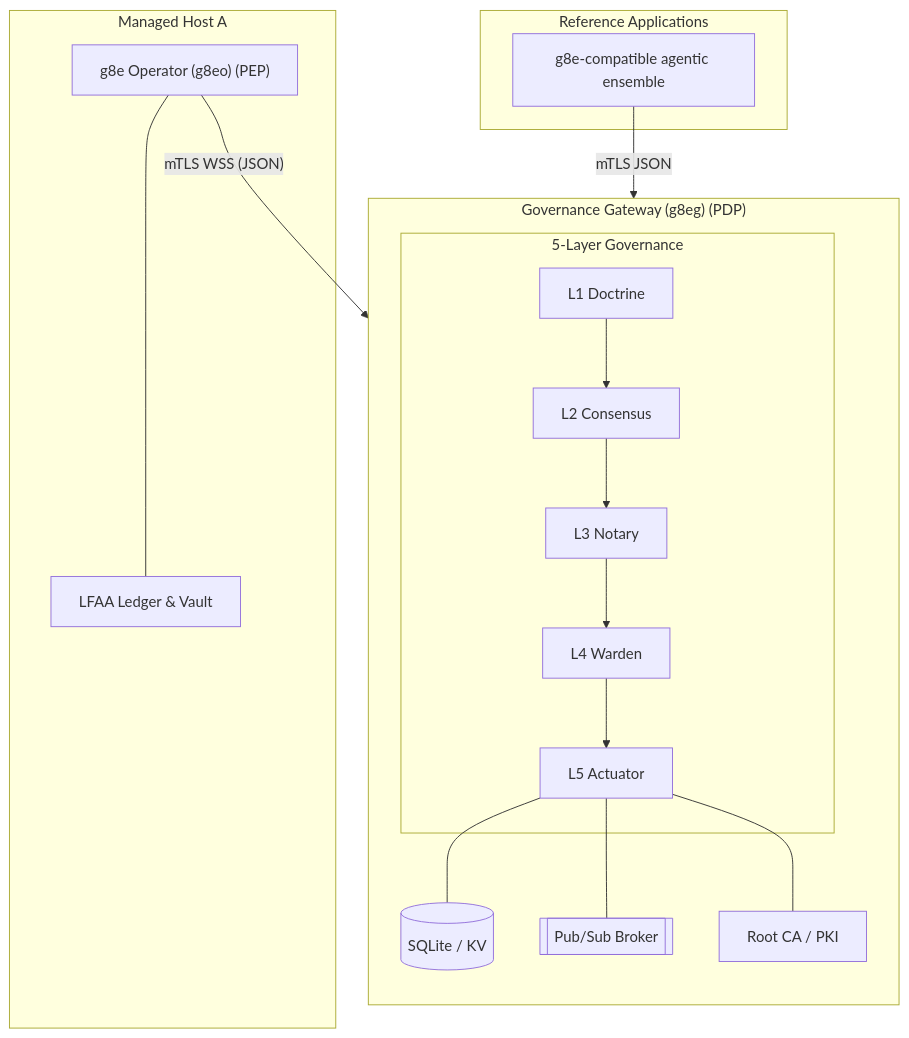
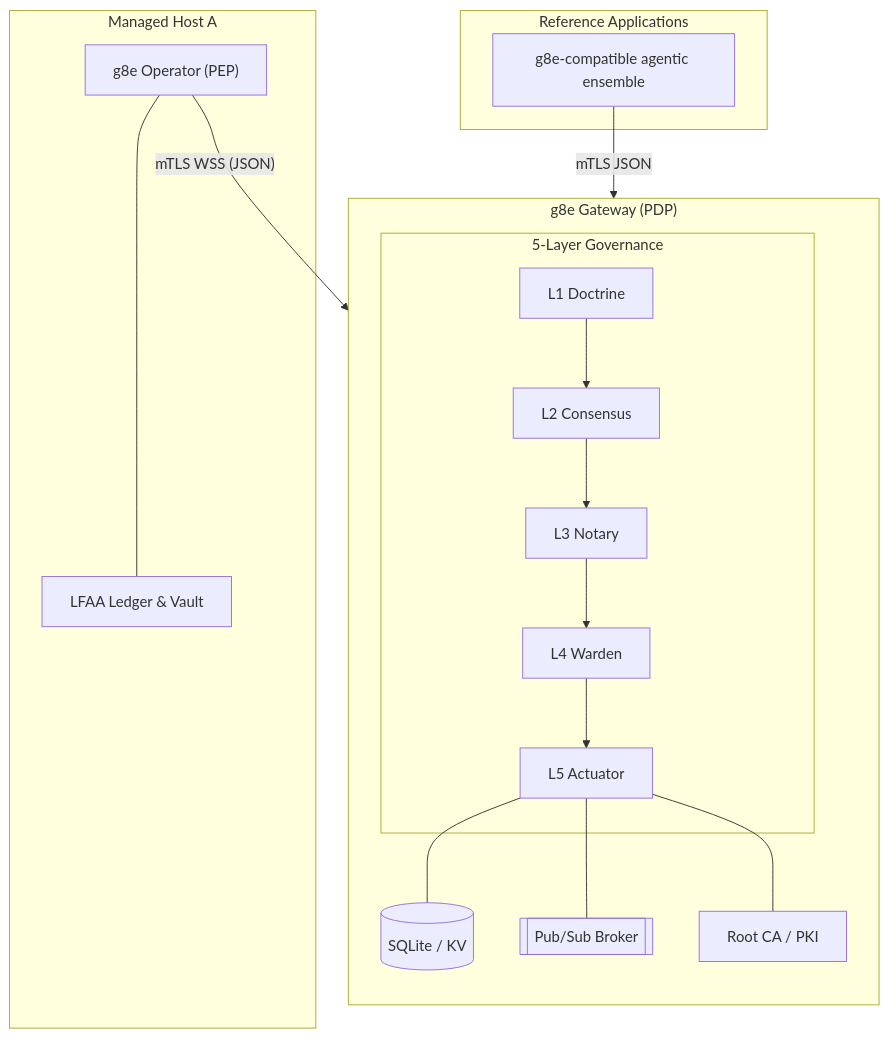
One commit to g8e-ai/g8e changed the diagram in docs/architecture/gateway.md. Above: the diagram before and after it, drawn with Mermaid. The commit also changed other lines of this file and 182 other files, not shown here.

````diff
--- a/docs/architecture/gateway.md
+++ b/docs/architecture/gateway.md
@@ -39,34 +39,34 @@
 ```mermaid
 flowchart TD
-    subgraph Hub ["Governance Gateway (g8eg) (PDP)"]
+    subgraph Hub ["g8e Gateway (PDP)"]
         direction TB
         subgraph Layers ["5-Layer Governance"]
             L1["L1 Doctrine"]
             L2["L2 Consensus"]
             L3["L3 Notary"]
             L4["L4 Warden"]
             L5["L5 Actuator"]
             
             L1 --> L2 --> L3 --> L4 --> L5
         end
         db[("SQLite / KV")]
         ps[["Pub/Sub Broker"]]
         ca["Root CA / PKI"]
         
         L5 --- db
         L5 --- ps
         L5 --- ca
     end
 
     subgraph Apps ["Reference Applications"]
         ensemble["g8e-compatible agentic ensemble"]
     end
 
     ensemble -- "mTLS JSON" --> L1
 
     subgraph Host_A ["Managed Host A"]
-        g8eoA["g8e Operator (g8eo) (PEP)"] --- LFAA_A["LFAA Ledger & Vault"]
+        g8eoA["g8e Operator (PEP)"] --- LFAA_A["LFAA Ledger & Vault"]
     end
 
     g8eoA -- "mTLS WSS (JSON)" --> ps
 ```
````
